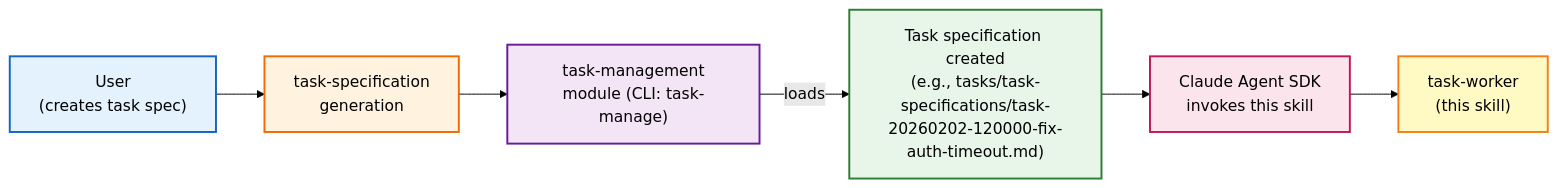
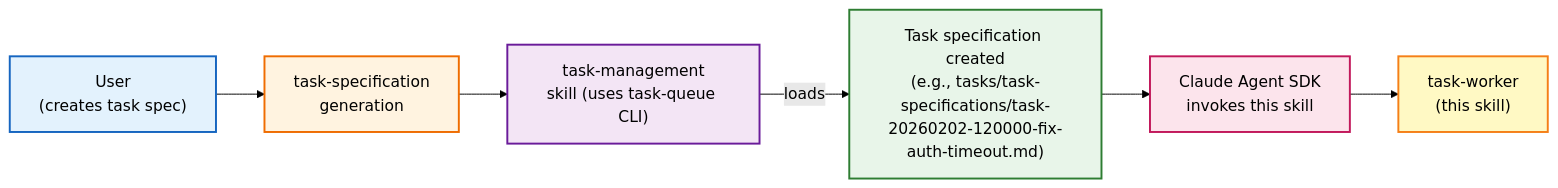
One commit to abcxyzx0099/datachat changed the second of 4 diagrams in .claude/skills/task-worker/SKILL.md. Above: the diagram before and after it, drawn with Mermaid (forest theme). The commit also changed other lines of this file and 6 other files, not shown here.

First line of the commit message:
docs: update remaining references from task-management to task-queue

````diff
--- a/.claude/skills/task-worker/SKILL.md
+++ b/.claude/skills/task-worker/SKILL.md
@@ -59,22 +59,22 @@
 ```mermaid
 flowchart LR
     User["User<br/>(creates task spec)"]
     SpecGen["task-specification<br/>generation"]
-    ImplModule["task-management<br/>module (CLI: task-manage)"]
+    ImplModule["task-management<br/>skill (uses task-queue CLI)"]
     SDK["Claude Agent SDK<br/>invokes this skill"]
     Worker["task-worker<br/>(this skill)"]
     Spec["Task specification created<br/>(e.g., tasks/task-specifications/task-20260202-120000-fix-auth-timeout.md)"]
 
     User --> SpecGen
     SpecGen --> ImplModule
     ImplModule -->|loads| Spec
     Spec --> SDK
     SDK --> Worker
 
     style User fill:#e3f2fd,stroke:#1565c0,stroke-width:2px
     style SpecGen fill:#fff3e0,stroke:#ef6c00,stroke-width:2px
     style ImplModule fill:#f3e5f5,stroke:#6a1b9a,stroke-width:2px
     style Spec fill:#e8f5e9,stroke:#2e7d32,stroke-width:2px
     style SDK fill:#fce4ec,stroke:#c2185b,stroke-width:2px
     style Worker fill:#fff9c4,stroke:#f57f17,stroke-width:2px
 ```
````
